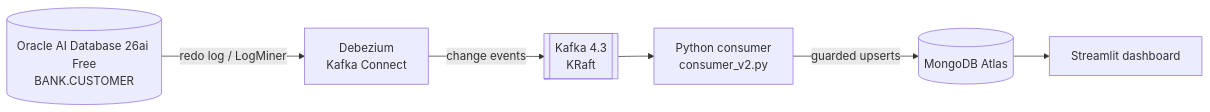
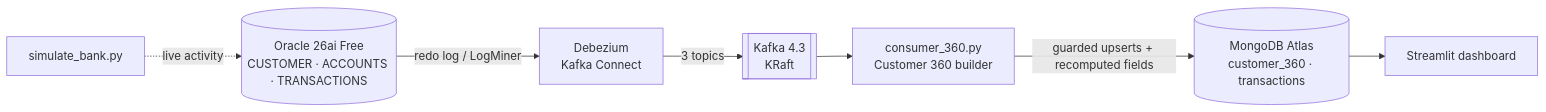
The diagram in README.md (riya1408/dbz-lab-oracle-cdc), drawn with Mermaid before and after one commit. The commit also changed other lines of this file and 3 other files, not shown here.

Commit message:
Dashboard v2 (overview, live feed, alerts, customer lookup), heartbeat for time-window fields, Lumen Bank README and fraud demo GIF

````diff
--- a/README.md
+++ b/README.md
@@ -22,8 +24,9 @@
 ```mermaid
 flowchart LR
-    A[(Oracle AI Database 26ai Free<br/>BANK.CUSTOMER)] -- redo log / LogMiner --> B[Debezium<br/>Kafka Connect]
-    B -- change events --> C[[Kafka 4.3<br/>KRaft]]
-    C --> D[Python consumer<br/>consumer_v2.py]
-    D -- guarded upserts --> E[(MongoDB Atlas)]
+    A[(Oracle 26ai Free<br/>CUSTOMER · ACCOUNTS · TRANSACTIONS)] -- redo log / LogMiner --> B[Debezium<br/>Kafka Connect]
+    B -- 3 topics --> C[[Kafka 4.3<br/>KRaft]]
+    C --> D[consumer_360.py<br/>Customer 360 builder]
+    D -- guarded upserts + recomputed fields --> E[(MongoDB Atlas<br/>customer_360 · transactions)]
     E --> F[Streamlit dashboard]
+    G[simulate_bank.py] -. live activity .-> A
 ```
````
